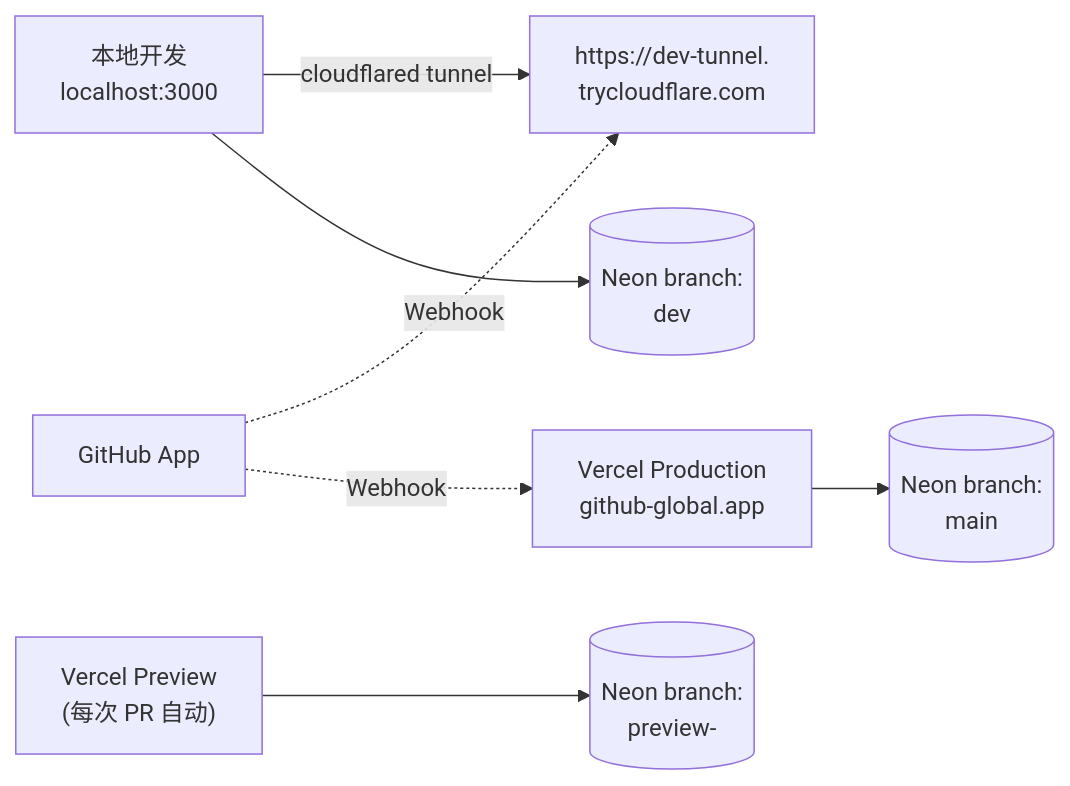
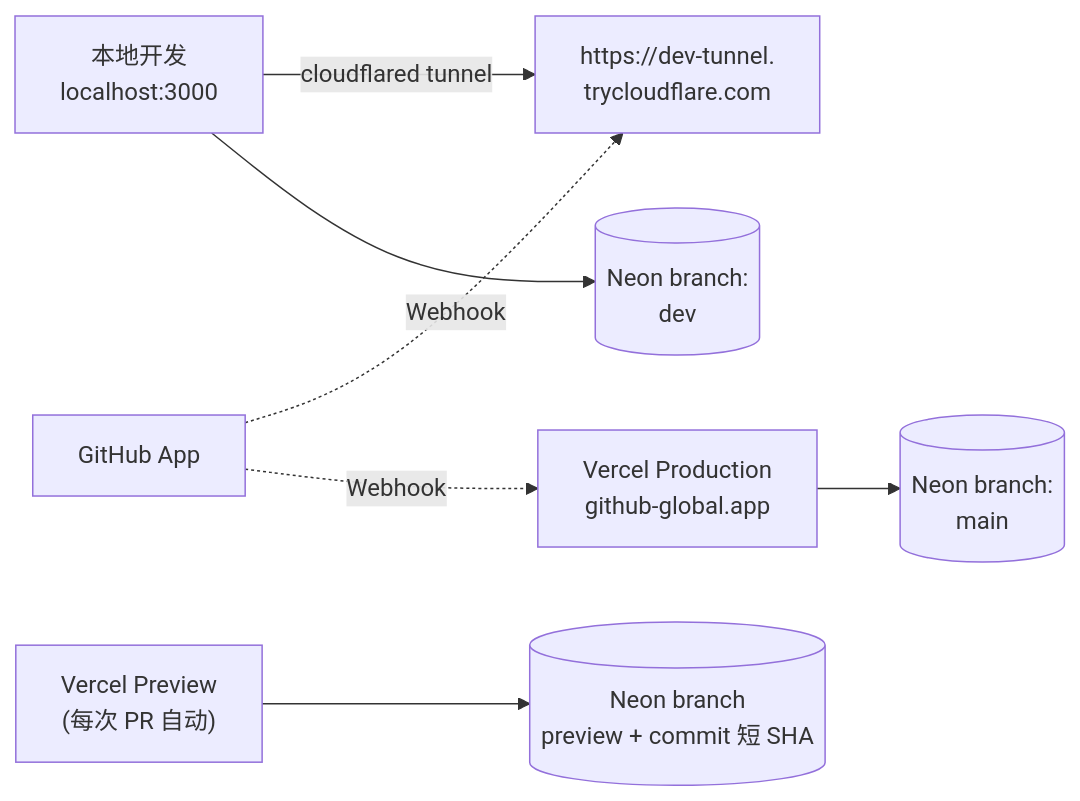
One commit to tryubest/github-global changed diagram 11 of 12 in docs/TechDesign.md. Above: the diagram before and after it, drawn with Mermaid. The commit also changed other lines of this file and 1 other file, not shown here.

First line of the commit message:
fix(docs): make Mermaid blocks GitHub-renderable + add mermaid rule

````diff
--- a/docs/TechDesign.md
+++ b/docs/TechDesign.md
@@ -1095,12 +1095,12 @@
 ```mermaid
 flowchart LR
     Dev["本地开发<br/>localhost:3000"] -->|cloudflared tunnel| WebhookURL["https://dev-tunnel.<br/>trycloudflare.com"]
     Dev --> NeonDev[("Neon branch:<br/>dev")]
 
-    Preview["Vercel Preview<br/>(每次 PR 自动)"] --> NeonPreview[("Neon branch:<br/>preview-<sha>")]
+    Preview["Vercel Preview<br/>(每次 PR 自动)"] --> NeonPreview[("Neon branch<br/>preview + commit 短 SHA")]
 
     Prod["Vercel Production<br/>github-global.app"] --> NeonProd[("Neon branch:<br/>main")]
 
     GH["GitHub App"] -.Webhook.-> WebhookURL
     GH -.Webhook.-> Prod
 ```
````
